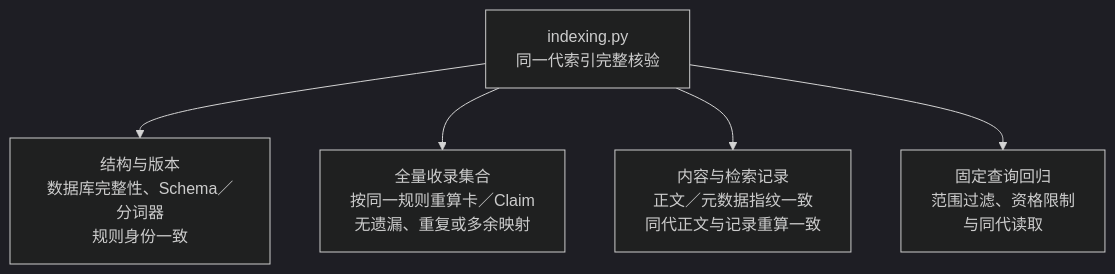
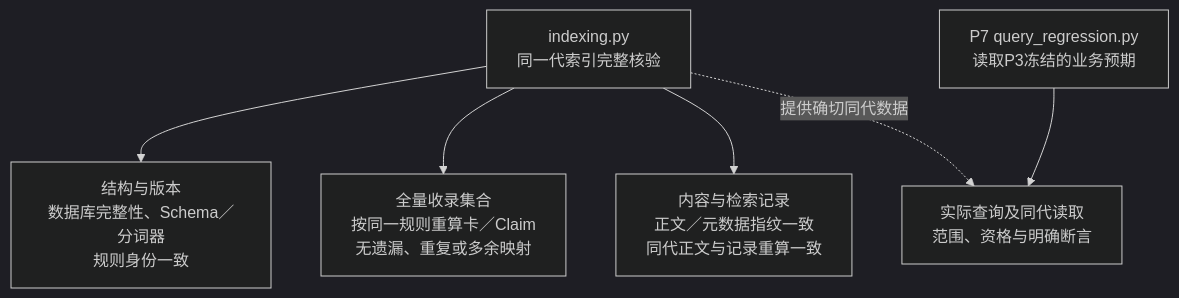
Diagram 25 of 27 in himate-knowledge-wifi-mp/docs-llm-wiki/知识库详细设计.md (Robin-hhc/FactumCore), drawn with Mermaid (dark theme) before and after one commit. The commit also changed other lines of this file and 5 other files, not shown here.

````diff
--- a/himate-knowledge-wifi-mp/docs-llm-wiki/知识库详细设计.md
+++ b/himate-knowledge-wifi-mp/docs-llm-wiki/知识库详细设计.md
@@ -896,7 +926,8 @@
 ```mermaid
 flowchart TD
     INDEX["indexing.py<br/>同一代索引完整核验"] --> VERSION["结构与版本<br/>数据库完整性、Schema／分词器<br/>规则身份一致"]
     INDEX --> SET["全量收录集合<br/>按同一规则重算卡／Claim<br/>无遗漏、重复或多余映射"]
     INDEX --> CONTENT["内容与检索记录<br/>正文／元数据指纹一致<br/>同代正文与记录重算一致"]
-    INDEX --> QUERY["固定查询回归<br/>范围过滤、资格限制<br/>与同代读取"]
+    REGRESS["P7 query_regression.py<br/>读取P3冻结的业务预期"] --> QUERY["实际查询及同代读取<br/>范围、资格与明确断言"]
+    INDEX -. "提供确切同代数据" .-> QUERY
 ```
````
